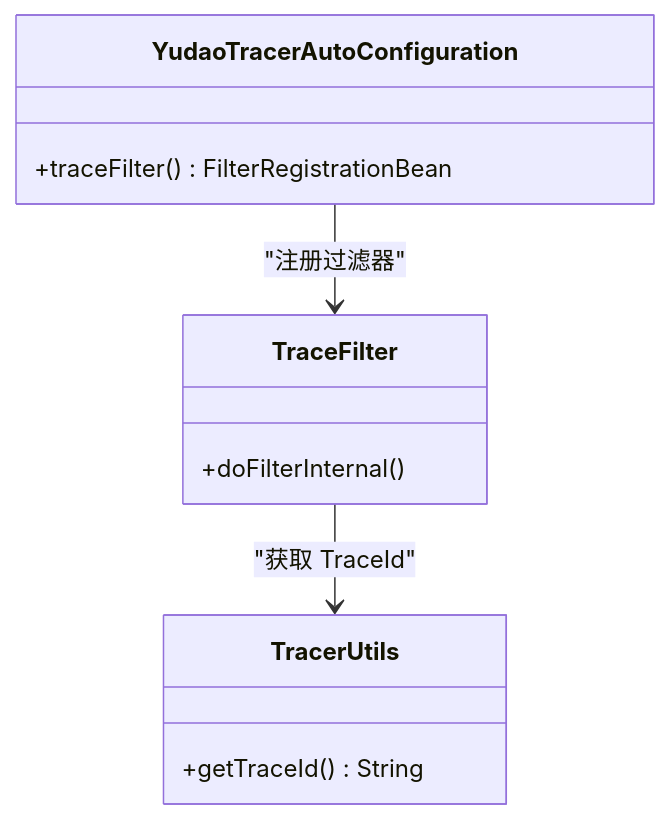
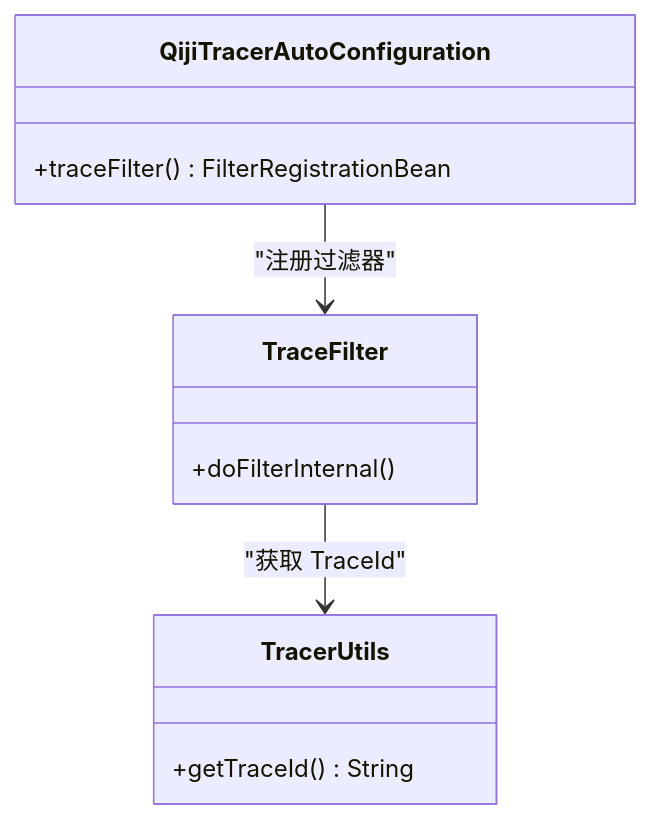
The fourth of 6 diagrams in backend/.qoder/repowiki/zh/content/部署与运维/监控与日志.md (zhuangpengLI/AgenticCPS), drawn with Mermaid before and after one commit. The commit also changed other lines of this file and 3489 other files, not shown here.

````diff
--- a/backend/.qoder/repowiki/zh/content/部署与运维/监控与日志.md
+++ b/backend/.qoder/repowiki/zh/content/部署与运维/监控与日志.md
@@ -192,14 +192,14 @@
 ```mermaid
 classDiagram
-class YudaoTracerAutoConfiguration {
+class QijiTracerAutoConfiguration {
 +traceFilter() FilterRegistrationBean
 }
 class TraceFilter {
 +doFilterInternal()
 }
 class TracerUtils {
 +getTraceId() String
 }
-YudaoTracerAutoConfiguration --> TraceFilter : "注册过滤器"
+QijiTracerAutoConfiguration --> TraceFilter : "注册过滤器"
 TraceFilter --> TracerUtils : "获取 TraceId"
 ```
````
